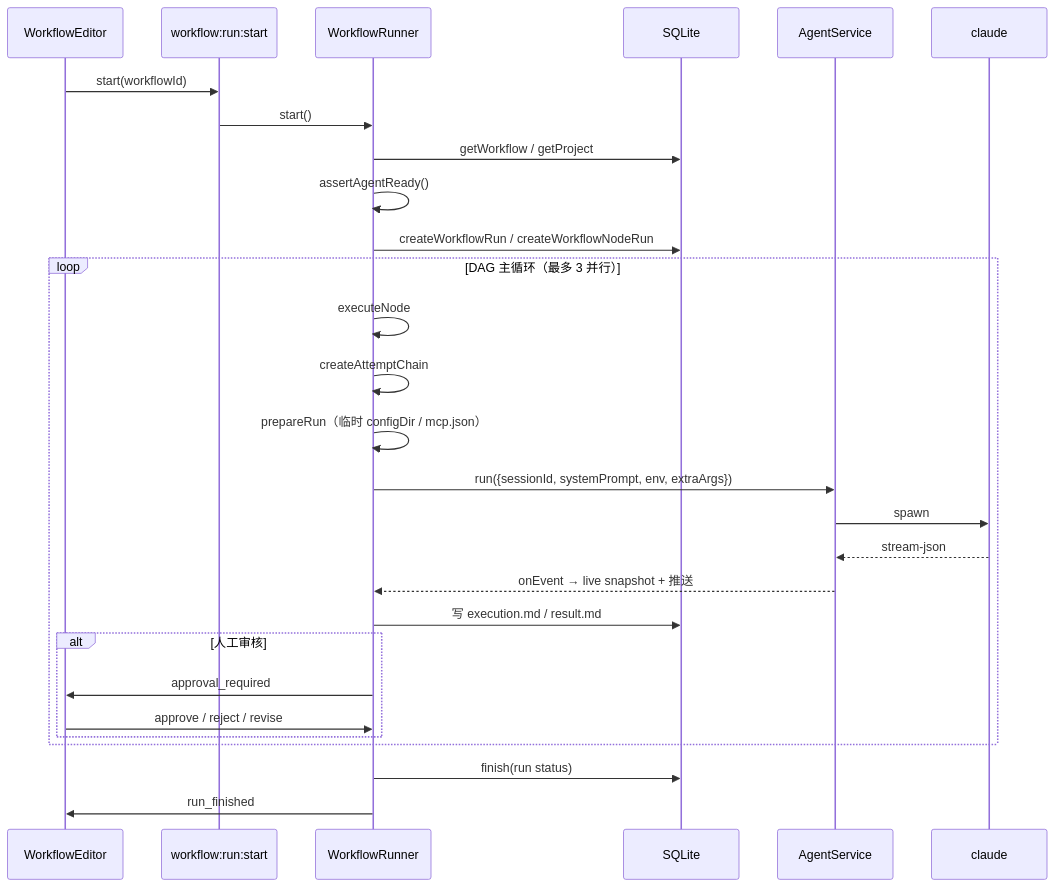
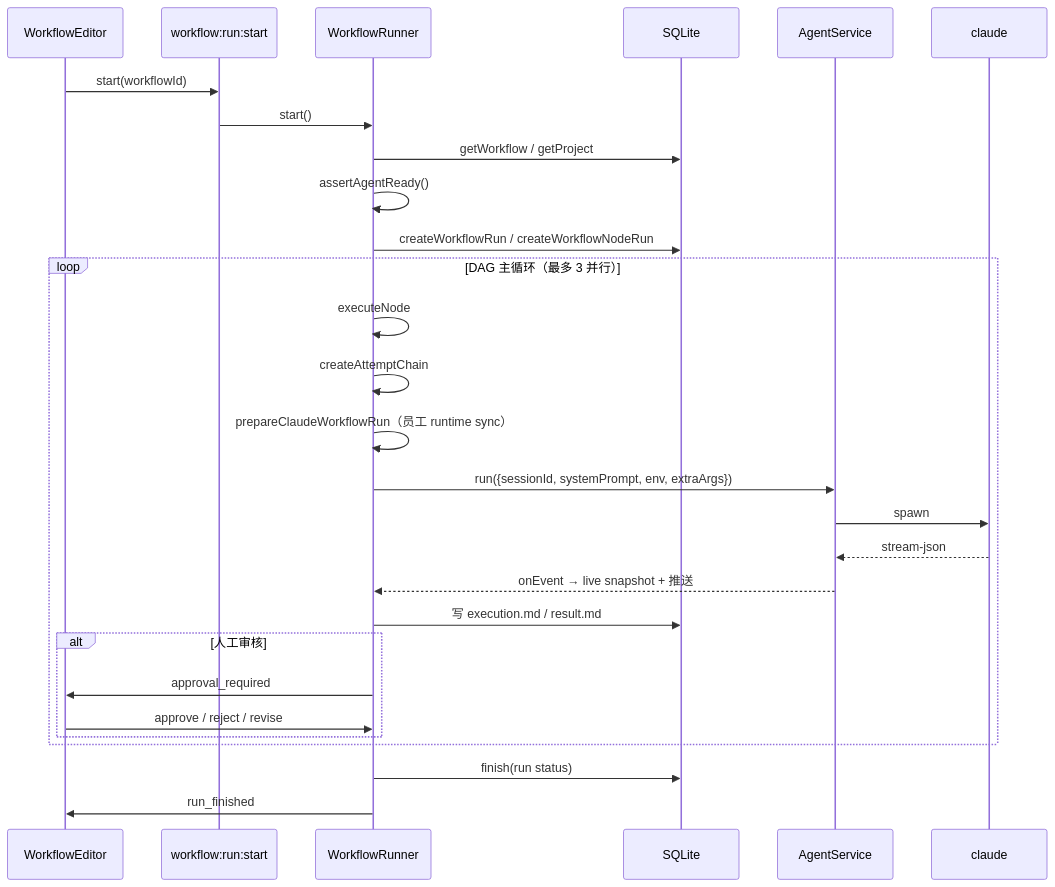
One commit to yangshunling/NovaStudio changed the fifth of 7 diagrams in docs/02-系统架构与关键决策.md. Above: the diagram before and after it, drawn with Mermaid. The commit also changed other lines of this file and 66 other files, not shown here.

````diff
--- a/docs/02-系统架构与关键决策.md
+++ b/docs/02-系统架构与关键决策.md
@@ -400,31 +415,31 @@
 ```mermaid
 sequenceDiagram
   participant UI as WorkflowEditor
   participant Main as workflow:run:start
   participant Runner as WorkflowRunner
   participant DB as SQLite
   participant Svc as AgentService
   participant CLI as claude
 
   UI->>Main: start(workflowId)
   Main->>Runner: start()
   Runner->>DB: getWorkflow / getProject
   Runner->>Runner: assertAgentReady()
   Runner->>DB: createWorkflowRun / createWorkflowNodeRun
   loop DAG 主循环（最多 3 并行）
     Runner->>Runner: executeNode
     Runner->>Runner: createAttemptChain
-    Runner->>Runner: prepareRun（临时 configDir / mcp.json）
+    Runner->>Runner: prepareClaudeWorkflowRun（员工 runtime sync）
     Runner->>Svc: run({sessionId, systemPrompt, env, extraArgs})
     Svc->>CLI: spawn
     CLI-->>Svc: stream-json
     Svc-->>Runner: onEvent → live snapshot + 推送
     Runner->>DB: 写 execution.md / result.md
     alt 人工审核
       Runner->>UI: approval_required
       UI->>Runner: approve / reject / revise
     end
   end
   Runner->>DB: finish(run status)
   Runner->>UI: run_finished
 ```
````
